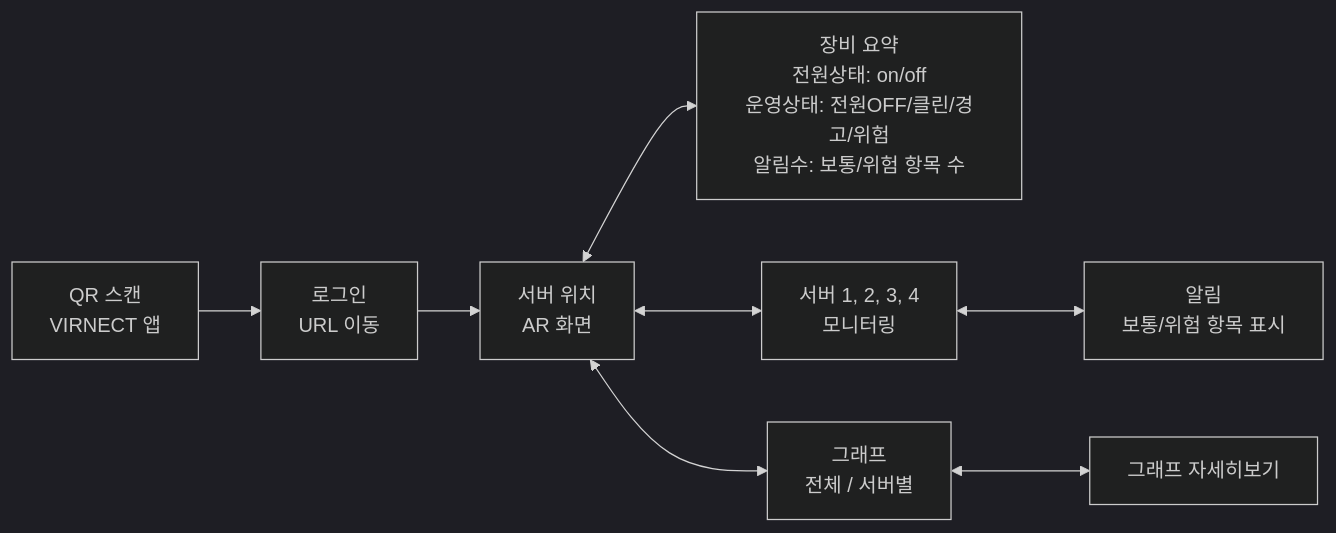
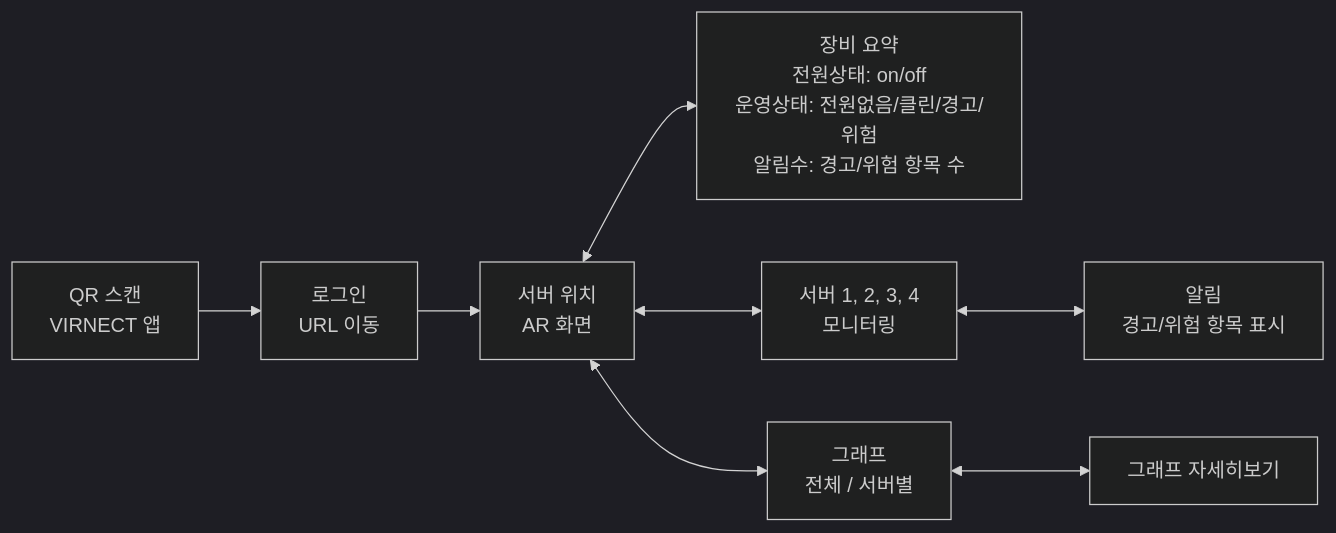
Before and after one commit to yoooooungwoon/virnect-project: the first of 3 diagrams in README.md, drawn with Mermaid (dark theme). The commit also changed other lines of this file and 7 other files, not shown here.

````diff
--- a/README.md
+++ b/README.md
@@ -29,13 +29,13 @@
 ```mermaid
 flowchart LR
   QR["QR 스캔<br/>VIRNECT 앱"] --> LOGIN["로그인<br/>URL 이동"]
   LOGIN --> POS["서버 위치<br/>AR 화면"]
 
-  POS <--> SUMMARY["장비 요약<br/>전원상태: on/off<br/>운영상태: 전원OFF/클린/경고/위험<br/>알림수: 보통/위험 항목 수"]
+  POS <--> SUMMARY["장비 요약<br/>전원상태: on/off<br/>운영상태: 전원없음/클린/경고/위험<br/>알림수: 경고/위험 항목 수"]
 
   POS <--> MONITOR["서버 1, 2, 3, 4<br/>모니터링"]
-  MONITOR <--> ALERT["알림<br/>보통/위험 항목 표시"]
+  MONITOR <--> ALERT["알림<br/>경고/위험 항목 표시"]
 
   POS <--> GRAPH["그래프<br/>전체 / 서버별"]
   GRAPH <--> DETAIL["그래프 자세히보기"]
 ```
````
